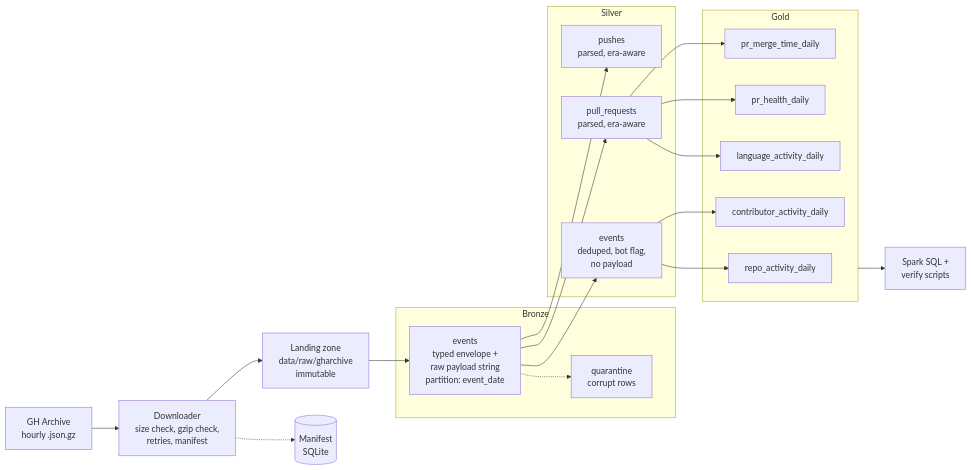
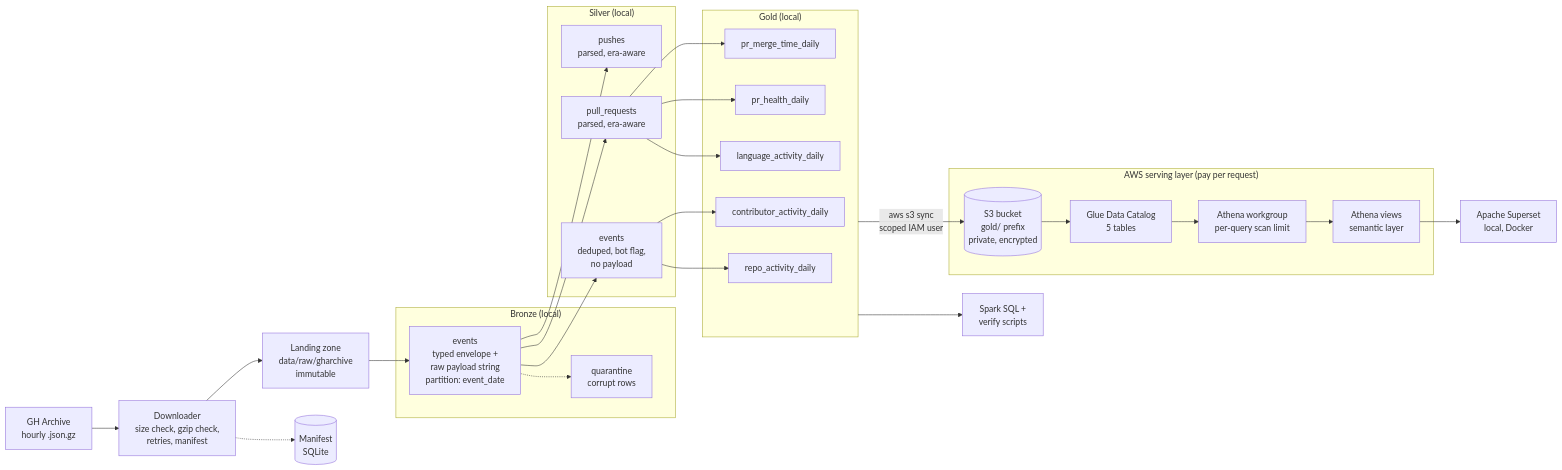
The diagram in README.md (jude-craft/octopulse-lakehouse), drawn with Mermaid before and after one commit. The commit also changed other lines of this file, not shown here.

````diff
--- a/README.md
+++ b/README.md
@@ -81,37 +90,47 @@
 ```mermaid
 flowchart LR
     A["GH Archive<br/>hourly .json.gz"] --> B["Downloader<br/>size check, gzip check,<br/>retries, manifest"]
     B -.-> M[("Manifest<br/>SQLite")]
     B --> C["Landing zone<br/>data/raw/gharchive<br/>immutable"]
 
-    subgraph BR["Bronze"]
+    subgraph BR["Bronze (local)"]
         D["events<br/>typed envelope +<br/>raw payload string<br/>partition: event_date"]
         Q["quarantine<br/>corrupt rows"]
     end
 
-    subgraph SI["Silver"]
+    subgraph SI["Silver (local)"]
         S1["events<br/>deduped, bot flag,<br/>no payload"]
         S2["pull_requests<br/>parsed, era-aware"]
         S3["pushes<br/>parsed, era-aware"]
     end
 
-    subgraph GO["Gold"]
+    subgraph GO["Gold (local)"]
         G1["repo_activity_daily"]
         G2["language_activity_daily"]
         G3["pr_health_daily"]
         G4["contributor_activity_daily"]
         G5["pr_merge_time_daily"]
     end
 
     C --> D
     D -.-> Q
     D --> S1
     D --> S2
     D --> S3
     S1 --> G1
     S1 --> G4
     S2 --> G2
     S2 --> G3
     S2 --> G5
+
     GO --> V["Spark SQL +<br/>verify scripts"]
+    GO -->|"aws s3 sync<br/>scoped IAM user"| S3B[("S3 bucket<br/>gold/ prefix<br/>private, encrypted")]
+
+    subgraph AWS["AWS serving layer (pay per request)"]
+        S3B --> GL["Glue Data Catalog<br/>5 tables"]
+        GL --> AT["Athena workgroup<br/>per-query scan limit"]
+        AT --> VW["Athena views<br/>semantic layer"]
+    end
+
+    VW --> SS["Apache Superset<br/>local, Docker"]
 ```
````
